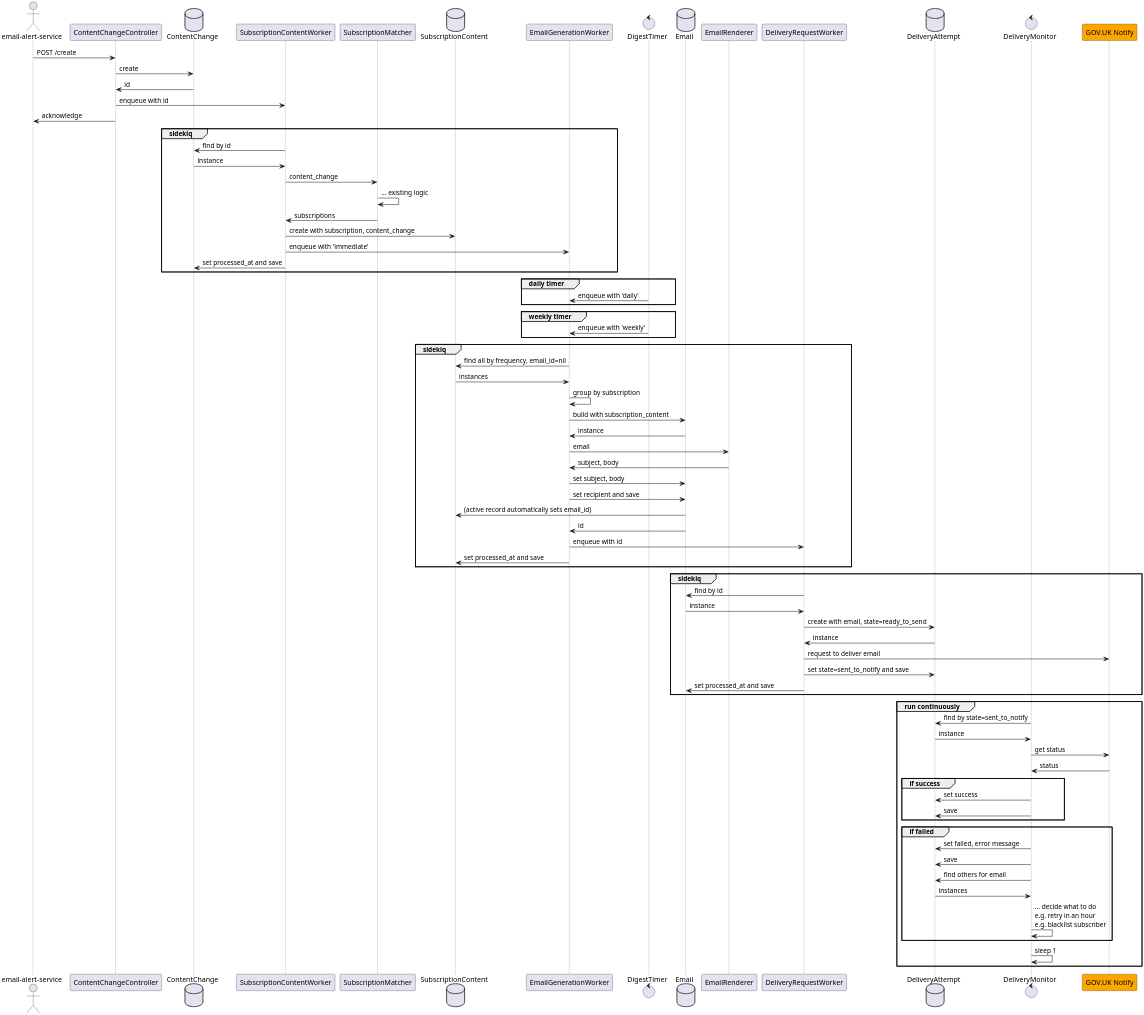
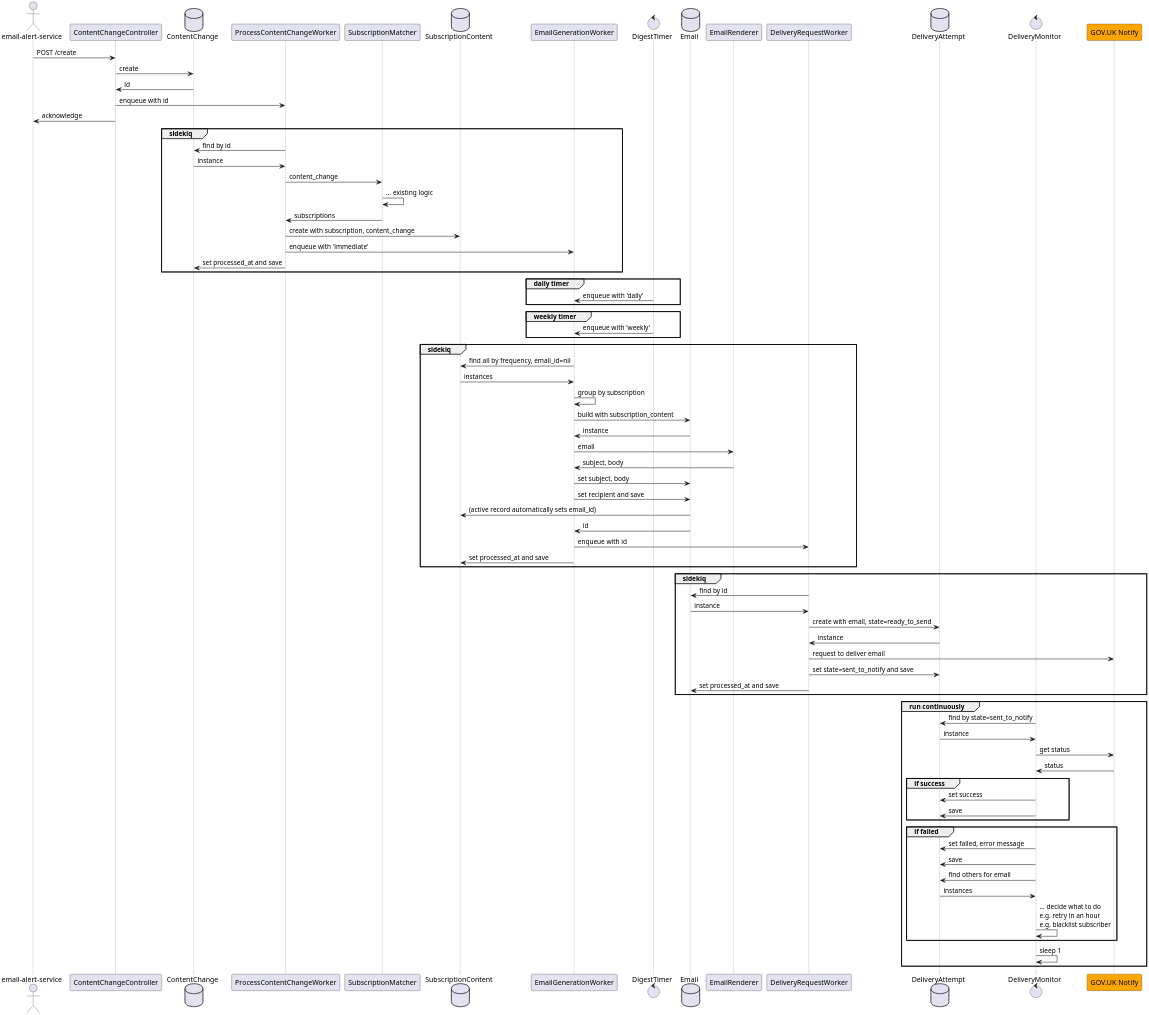
Before and after one commit to alphagov/email-alert-api: the diagram in doc/sequence_diagram.puml, drawn with PlantUML. The commit also changed 1 other file, not shown here.

Commit message:
Update docs to mention ProcessContentChangeWorker

```diff
--- a/doc/sequence_diagram.puml
+++ b/doc/sequence_diagram.puml
@@ -1,93 +1,93 @@
 @startuml
 
 skinparam dpi 300
 
 actor email_alert_service as "email-alert-service"
 participant controller as "ContentChangeController"
 database content_change as "ContentChange"
-participant subscription_content_worker as "SubscriptionContentWorker"
+participant process_content_change_worker as "ProcessContentChangeWorker"
 participant subscription_matcher as "SubscriptionMatcher"
 database subscription_content as "SubscriptionContent"
 participant email_generation_worker as "EmailGenerationWorker"
 control digest_timer as "DigestTimer"
 database email as "Email"
 participant email_renderer as "EmailRenderer"
 participant delivery_request_worker as "DeliveryRequestWorker"
 database delivery_attempt as "DeliveryAttempt"
 control delivery_monitor as "DeliveryMonitor"
 participant govuk_notify as "GOV.UK Notify" #orange
 
 email_alert_service -> controller : POST /create
 controller -> content_change : create
 content_change -> controller : id
-controller -> subscription_content_worker : enqueue with id
+controller -> process_content_change_worker : enqueue with id
 controller -> email_alert_service : acknowledge
 
 group sidekiq
-  subscription_content_worker -> content_change : find by id
-  content_change -> subscription_content_worker : instance
-  subscription_content_worker -> subscription_matcher : content_change
+  process_content_change_worker -> content_change : find by id
+  content_change -> process_content_change_worker : instance
+  process_content_change_worker -> subscription_matcher : content_change
   subscription_matcher -> subscription_matcher : ... existing logic
-  subscription_matcher -> subscription_content_worker : subscriptions
-  subscription_content_worker -> subscription_content : create with subscription, content_change
-  subscription_content_worker -> email_generation_worker : enqueue with 'immediate'
-  subscription_content_worker -> content_change : set processed_at and save
+  subscription_matcher -> process_content_change_worker : subscriptions
+  process_content_change_worker -> subscription_content : create with subscription, content_change
+  process_content_change_worker -> email_generation_worker : enqueue with 'immediate'
+  process_content_change_worker -> content_change : set processed_at and save
 end group
 
 group daily timer
   digest_timer -> email_generation_worker : enqueue with 'daily'
 end
 
 group weekly timer
   digest_timer -> email_generation_worker : enqueue with 'weekly'
 end
 
 group sidekiq
   email_generation_worker -> subscription_content : find all by frequency, email_id=nil
   subscription_content -> email_generation_worker : instances
   email_generation_worker -> email_generation_worker : group by subscription
   email_generation_worker -> email : build with subscription_content
   email -> email_generation_worker : instance
   email_generation_worker -> email_renderer : email
   email_renderer -> email_generation_worker : subject, body
   email_generation_worker -> email : set subject, body
   email_generation_worker -> email : set recipient and save
   email -> subscription_content : (active record automatically sets email_id)
   email -> email_generation_worker : id
   email_generation_worker -> delivery_request_worker : enqueue with id
   email_generation_worker -> subscription_content : set processed_at and save
 end
 
 group sidekiq
   delivery_request_worker -> email : find by id
   email -> delivery_request_worker : instance
   delivery_request_worker -> delivery_attempt : create with email, state=ready_to_send
   delivery_attempt -> delivery_request_worker : instance
   delivery_request_worker -> govuk_notify : request to deliver email
   delivery_request_worker -> delivery_attempt : set state=sent_to_notify and save
   delivery_request_worker -> email : set processed_at and save
 end group
 
 group run continuously
   delivery_monitor -> delivery_attempt : find by state=sent_to_notify
   delivery_attempt -> delivery_monitor : instance
   delivery_monitor -> govuk_notify : get status
   govuk_notify -> delivery_monitor : status
 
   group if success
     delivery_monitor -> delivery_attempt : set success
     delivery_monitor -> delivery_attempt : save
   end group
 
   group if failed
     delivery_monitor -> delivery_attempt : set failed, error message
     delivery_monitor -> delivery_attempt : save
     delivery_monitor -> delivery_attempt : find others for email
     delivery_attempt -> delivery_monitor : instances
     delivery_monitor -> delivery_monitor : ... decide what to do\ne.g. retry in an hour\ne.g. blacklist subscriber
   end group
 
   delivery_monitor -> delivery_monitor : sleep 1
 end group
 
 @enduml
```
